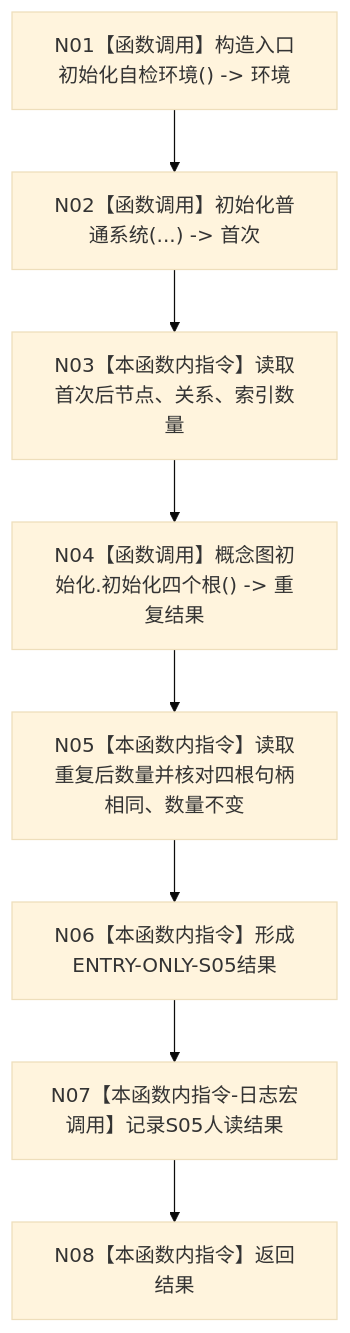
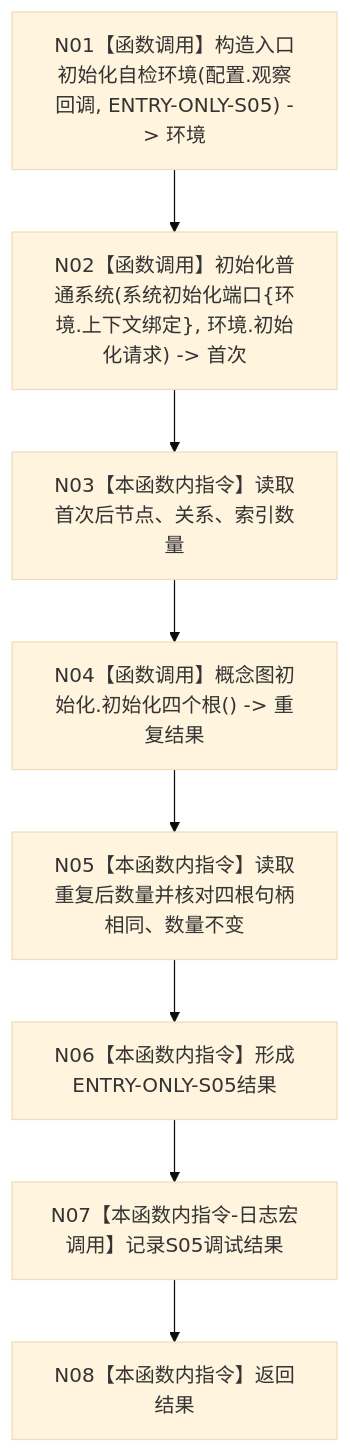
One commit to chunhaizh-cyber/HY-Ego changed the diagram in 流程图/20260726_ENTRY-ONLY_S05_概念图重复初始化结构不变_施工流程图_v0.1.md. Above: the diagram before and after it, drawn with Mermaid (base theme). The commit also changed other lines of this file and 54 other files, not shown here.

Commit message:
修订 ENTRY-ONLY 入口职责设计包

````diff
--- a/流程图/20260726_ENTRY-ONLY_S05_概念图重复初始化结构不变_施工流程图_v0.1.md
+++ b/流程图/20260726_ENTRY-ONLY_S05_概念图重复初始化结构不变_施工流程图_v0.1.md
@@ -27,10 +27,10 @@
 ```mermaid
 flowchart TD
-    N01["N01【函数调用】构造入口初始化自检环境() -> 环境"] --> N02["N02【函数调用】初始化普通系统(...) -> 首次"]
+    N01["N01【函数调用】构造入口初始化自检环境(配置.观察回调, ENTRY-ONLY-S05) -> 环境"] --> N02["N02【函数调用】初始化普通系统(系统初始化端口{环境.上下文绑定}, 环境.初始化请求) -> 首次"]
     N02 --> N03["N03【本函数内指令】读取首次后节点、关系、索引数量"]
     N03 --> N04["N04【函数调用】概念图初始化.初始化四个根() -> 重复结果"]
     N04 --> N05["N05【本函数内指令】读取重复后数量并核对四根句柄相同、数量不变"]
     N05 --> N06["N06【本函数内指令】形成ENTRY-ONLY-S05结果"]
-    N06 --> N07["N07【本函数内指令-日志宏调用】记录S05人读结果"]
+    N06 --> N07["N07【本函数内指令-日志宏调用】记录S05调试结果"]
     N07 --> N08["N08【本函数内指令】返回结果"]
 ```
````
